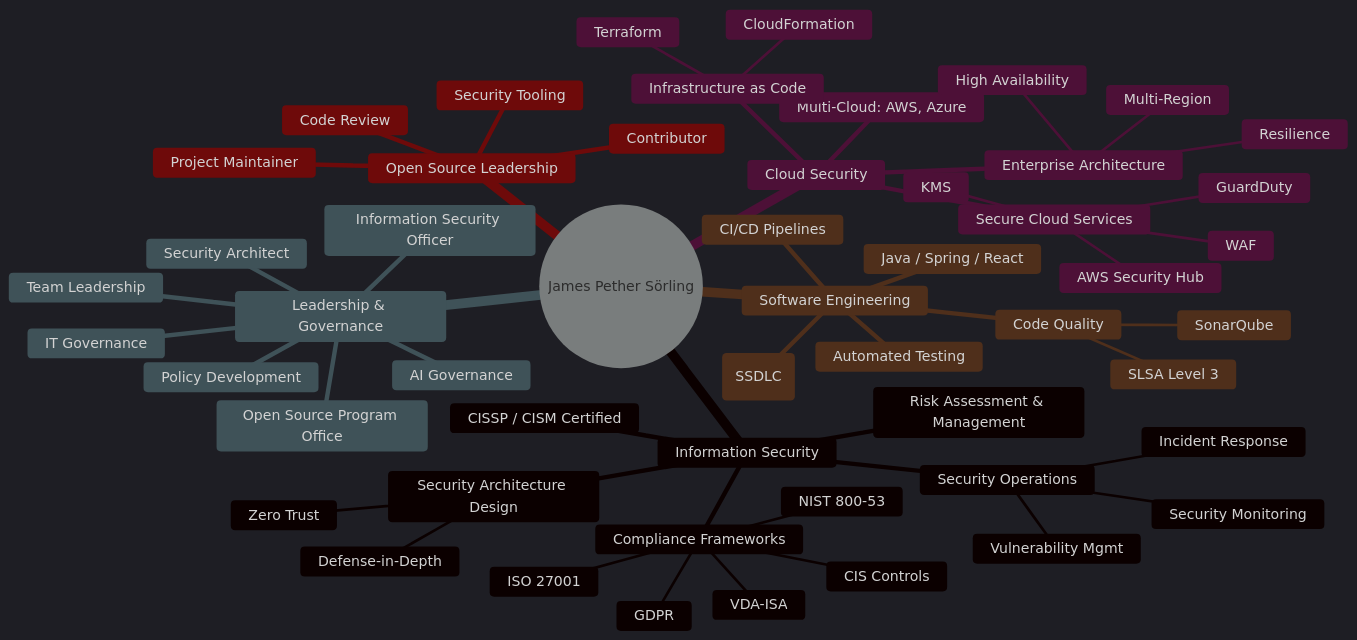
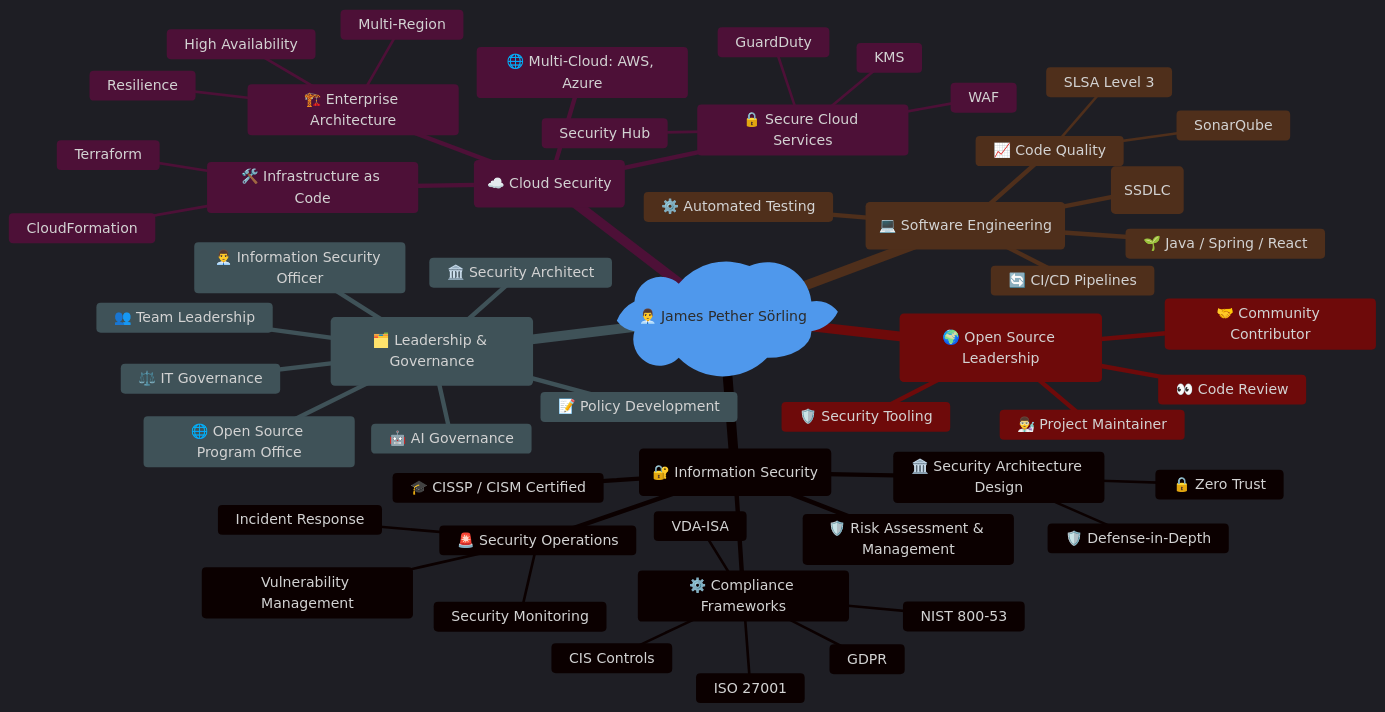
Before and after one commit to pethers/pethers: the first of 2 diagrams in README.md, drawn with Mermaid.

Commit message:
Update README.md with new mermaid diagram syntax

````diff
--- a/README.md
+++ b/README.md
@@ -446,66 +446,65 @@
 ```mermaid
-%%{
-  init: {
-    'theme': 'dark',
-    'themeVariables': {
-      'primaryColor': '#314e6e',
-      'edgeLabelBackground':'#222',
-      'primaryTextColor': '#f8f8f8',
-      'lineColor': '#86b5d9'
-    }
+%%{init: {
+  "theme": "dark",
+  "themeVariables": {
+    "primaryColor": "#1976d2",
+    "secondaryColor": "#1565c0",
+    "tertiaryColor": "#4caf50",
+    "lineColor": "#ff9800",
+    "primaryTextColor": "#ffffff"
   }
-}%%
+}}%%
 mindmap
-  root((James Pether Sörling))
-    Information Security
-      Risk Assessment & Management
-      CISSP / CISM Certified
-      Security Architecture Design
-        Zero Trust
-        Defense-in-Depth
-      Compliance Frameworks
+  root)👨‍💼 James Pether Sörling(
+    (🔐 Information Security)
+      🛡️ Risk Assessment & Management
+      🎓 CISSP / CISM Certified
+      🏛️ Security Architecture Design
+        🔒 Zero Trust
+        🛡️ Defense-in-Depth
+      ⚙️ Compliance Frameworks
         ISO 27001
         NIST 800-53
         VDA-ISA
         CIS Controls
         GDPR
-      Security Operations
+      🚨 Security Operations
         Incident Response
-        Vulnerability Mgmt
+        Vulnerability Management
         Security Monitoring
-    Cloud Security
-      Multi-Cloud: AWS, Azure
-      Enterprise Architecture
+    (☁️ Cloud Security)
+      🌐 Multi-Cloud: AWS, Azure
+      🏗️ Enterprise Architecture
         High Availability
         Multi-Region
         Resilience
-      Infrastructure as Code
+      🛠️ Infrastructure as Code
         CloudFormation
         Terraform
-      Secure Cloud Services
-        AWS Security Hub
+      🔒 Secure Cloud Services
+        Security Hub
         GuardDuty
         KMS
         WAF
-    Leadership & Governance
-      Information Security Officer
-      Security Architect
-      Policy Development
-      IT Governance
-      Team Leadership
-      Open Source Program Office
-      AI Governance
-    Software Engineering
-      Secure Development (SSDLC)
-      Java / Spring / React
-      Automated Testing
-      CI/CD Pipelines
-      Code Quality
+    (🗂️ Leadership & Governance)
+      👨‍💼 Information Security Officer
+      🏛️ Security Architect
+      📝 Policy Development
+      ⚖️ IT Governance
+      👥 Team Leadership
+      🌐 Open Source Program Office
+      🤖 AI Governance
+    (💻 Software Engineering)
+      🛠️ Secure Development (SSDLC)
+      🌱 Java / Spring / React
+      ⚙️ Automated Testing
+      🔄 CI/CD Pipelines
+      📈 Code Quality
         SLSA Level 3
         SonarQube
-    Open Source Leadership
-      Project Maintainer
-      Contributor
-      Security Tooling
-      Code Review
+    (🌍 Open Source Leadership)
+      👨‍🔬 Project Maintainer
+      🤝 Community Contributor
+      🛡️ Security Tooling
+      👀 Code Review
 ```
````
